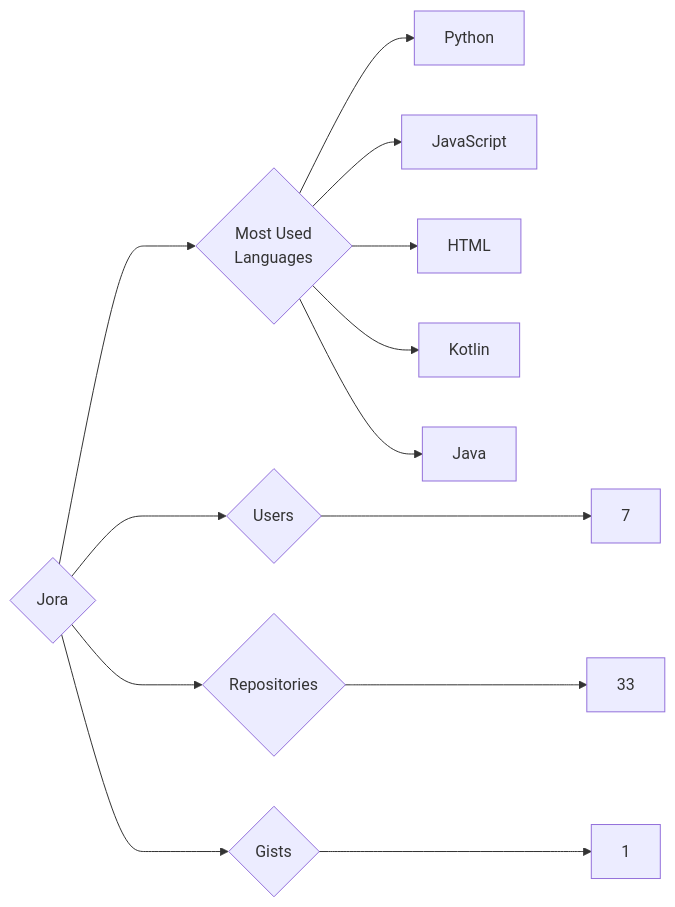
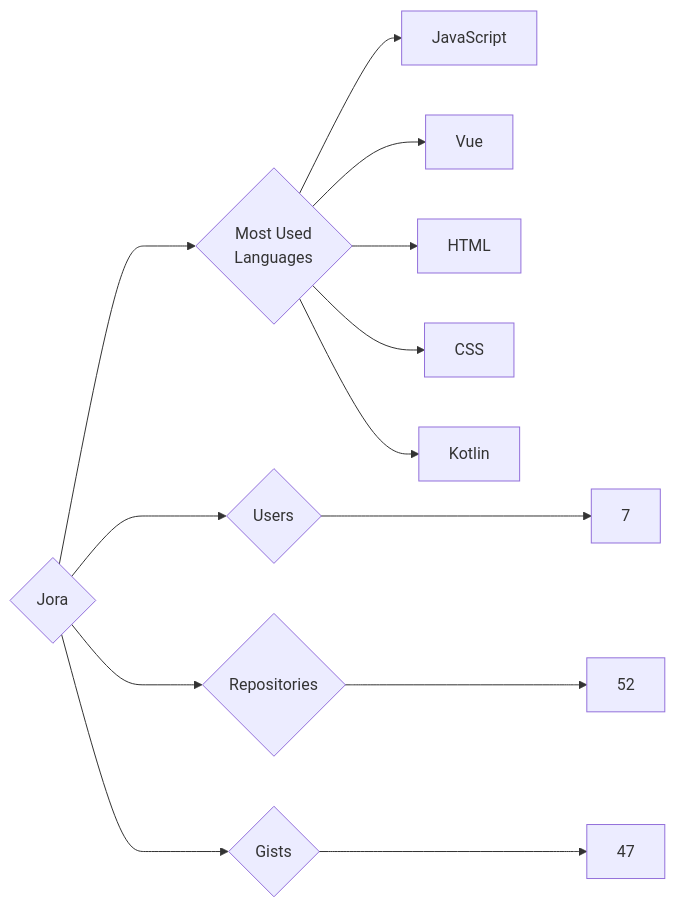
Before and after one commit to trickest/insiders: the diagram in targets/Jora/README.md, drawn with Mermaid. The commit also changed 748 other files, not shown here.

````diff
--- a/targets/Jora/README.md
+++ b/targets/Jora/README.md
@@ -3,13 +3,13 @@
 ```mermaid
 graph LR
 COMPANY_NAME{Jora}
 COMPANY_NAME ---> U{Users} ---> UN[7]
-COMPANY_NAME ---> R{Repositories} ---> RN[33]
-COMPANY_NAME ---> G{Gists} ---> GN[1]
+COMPANY_NAME ---> R{Repositories} ---> RN[52]
+COMPANY_NAME ---> G{Gists} ---> GN[47]
 COMPANY_NAME ---> ML{Most Used<br>Languages}
-ML --> Python[Python]
 ML --> JavaScript[JavaScript]
+ML --> Vue[Vue]
 ML --> HTML[HTML]
+ML --> CSS[CSS]
 ML --> Kotlin[Kotlin]
-ML --> Java[Java]
 ```
````
